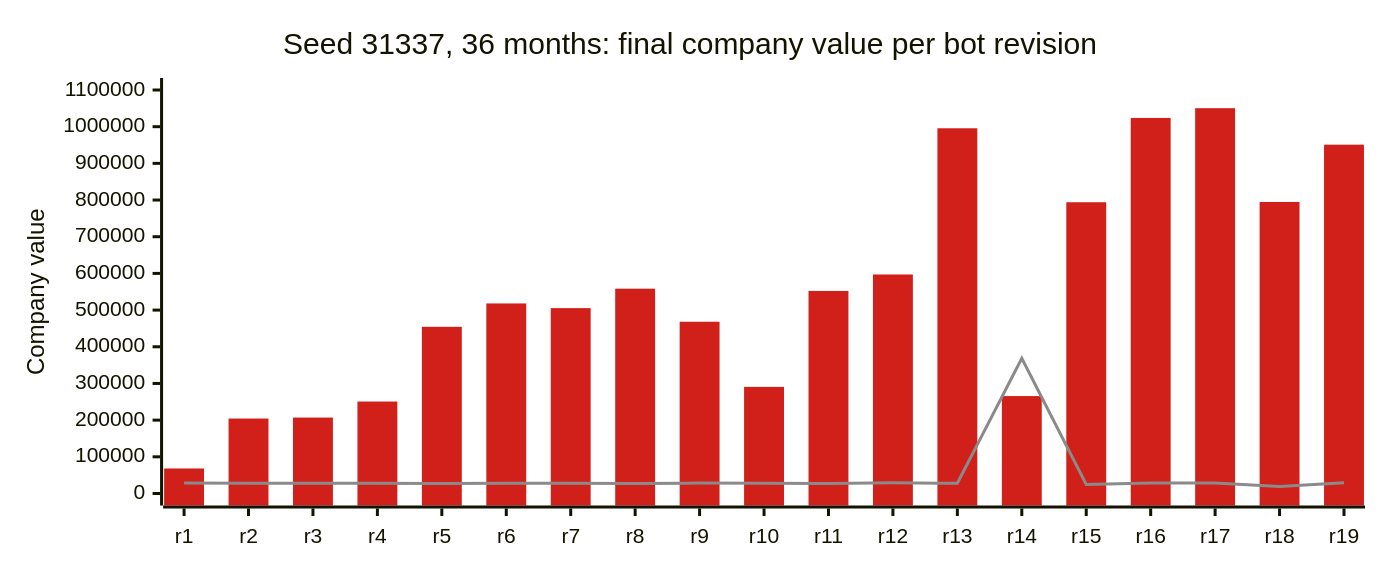
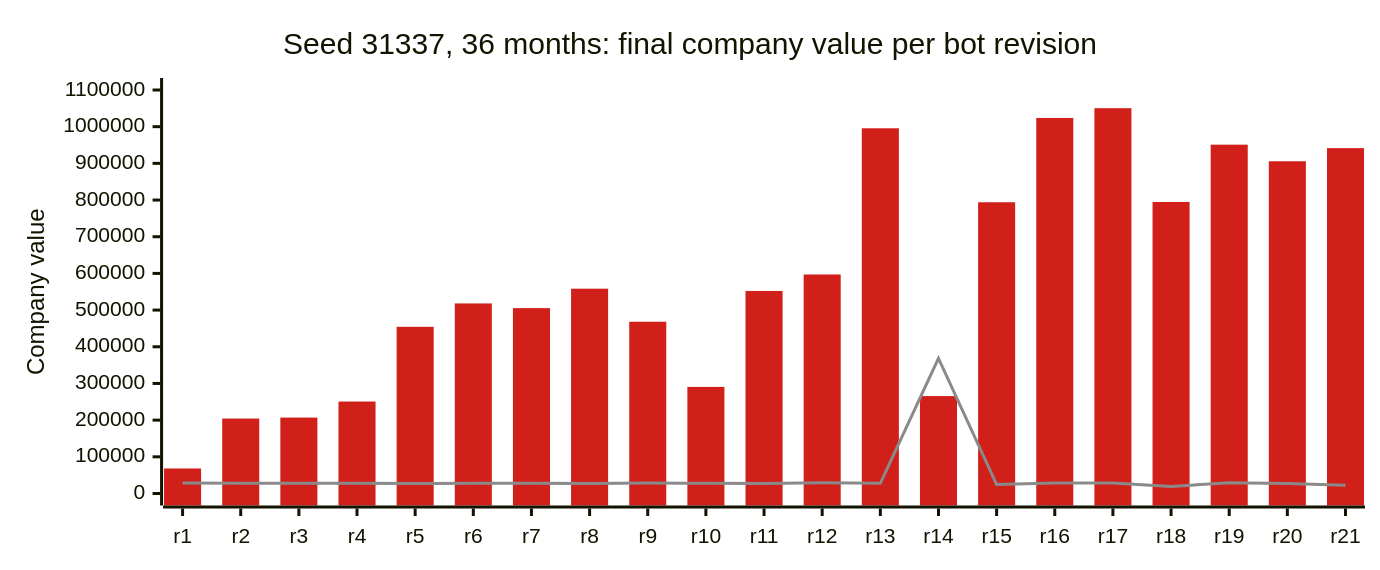
The first of 8 diagrams in README.md (OpenTTD/OpenTTD), drawn with Mermaid before and after one commit. The commit also changed other lines of this file and 5 other files, not shown here.

````diff
--- a/README.md
+++ b/README.md
@@ -64,17 +64,17 @@
 ```mermaid
 ---
 config:
   xyChart:
     width: 900
     height: 360
   themeVariables:
     xyChart:
       plotColorPalette: "#d11f1a, #8a8a8a"
 ---
 xychart-beta
     title "Seed 31337, 36 months: final company value per bot revision"
-    x-axis ["r1", "r2", "r3", "r4", "r5", "r6", "r7", "r8", "r9", "r10", "r11", "r12", "r13", "r14", "r15", "r16", "r17", "r18", "r19"]
+    x-axis ["r1", "r2", "r3", "r4", "r5", "r6", "r7", "r8", "r9", "r10", "r11", "r12", "r13", "r14", "r15", "r16", "r17", "r18", "r19", "r20", "r21"]
     y-axis "Company value" 0 --> 1100000
-    bar [68229, 204356, 206995, 250716, 454403, 518138, 505369, 558331, 468228, 290634, 552182, 597075, 995647, 265599, 794015, 1023810, 1050432, 794737, 950946]
-    line [28293, 28129, 27716, 27768, 27228, 27849, 27943, 27408, 28331, 27853, 27247, 29139, 27870, 368425, 24469, 28440, 28286, 19132, 29102]
+    bar [68229, 204356, 206995, 250716, 454403, 518138, 505369, 558331, 468228, 290634, 552182, 597075, 995647, 265599, 794015, 1023810, 1050432, 794737, 950946, 905692, 941478]
+    line [28293, 28129, 27716, 27768, 27228, 27849, 27943, 27408, 28331, 27853, 27247, 29139, 27870, 368425, 24469, 28440, 28286, 19132, 29102, 26945, 22413]
 ```
````
